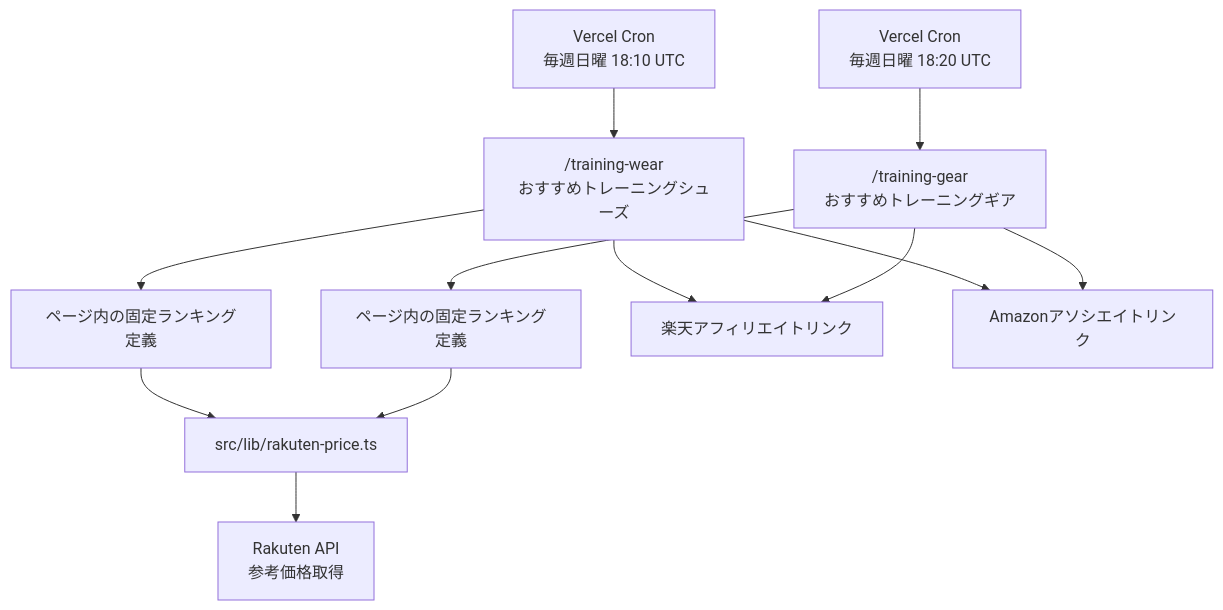
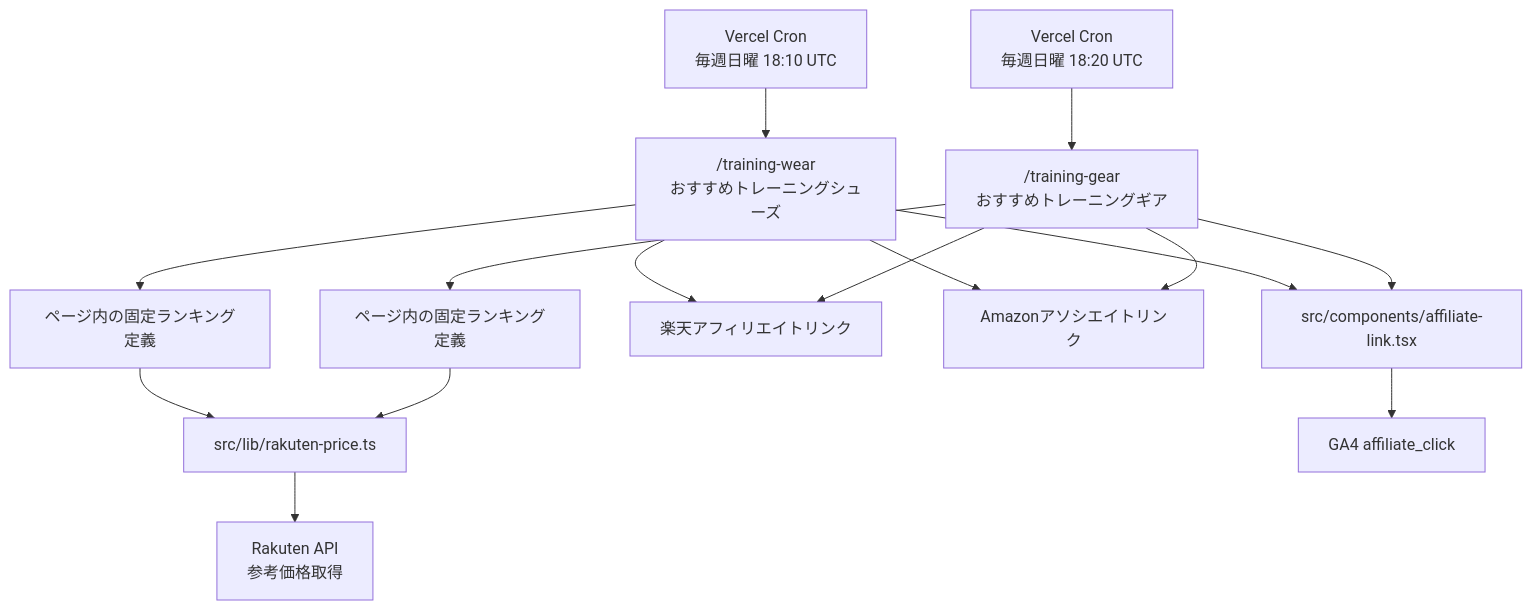
One commit to nariti12/macho-website changed the fifth of 7 diagrams in macho-website/docs/site-architecture-mermaid.md. Above: the diagram before and after it, drawn with Mermaid. The commit also changed other lines of this file and 15 other files, not shown here.

````diff
--- a/macho-website/docs/site-architecture-mermaid.md
+++ b/macho-website/docs/site-architecture-mermaid.md
@@ -99,20 +100,24 @@
 ```mermaid
 flowchart TB
   shoes["/training-wear<br/>おすすめトレーニングシューズ"]
   gear["/training-gear<br/>おすすめトレーニングギア"]
 
   shoes --> staticDataShoes[ページ内の固定ランキング定義]
   gear --> staticDataGear[ページ内の固定ランキング定義]
 
   staticDataShoes --> priceLib[src/lib/rakuten-price.ts]
   staticDataGear --> priceLib
   priceLib --> rakutenApi[Rakuten API<br/>参考価格取得]
 
   shoes --> rakutenAffiliate[楽天アフィリエイトリンク]
   shoes --> amazonAffiliate[Amazonアソシエイトリンク]
   gear --> rakutenAffiliate
   gear --> amazonAffiliate
 
+  shoes --> affiliateLink[src/components/affiliate-link.tsx]
+  gear --> affiliateLink
+  affiliateLink --> ga4[GA4 affiliate_click]
+
   cronShoes[Vercel Cron<br/>毎週日曜 18:10 UTC] --> shoes
   cronGear[Vercel Cron<br/>毎週日曜 18:20 UTC] --> gear
 ```
````
